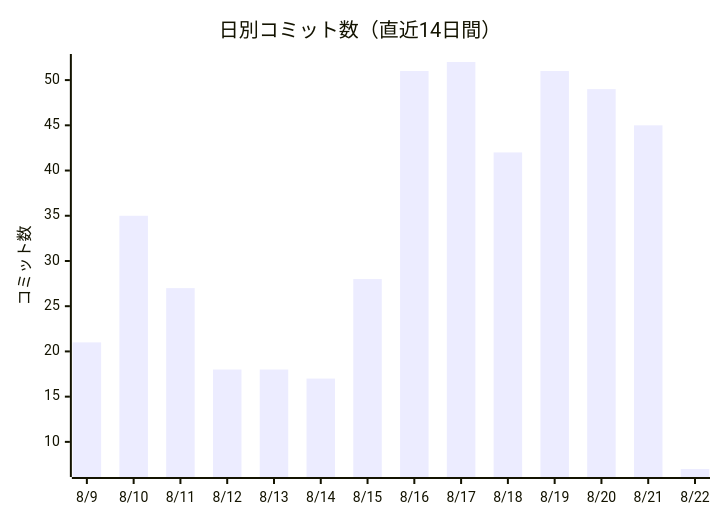
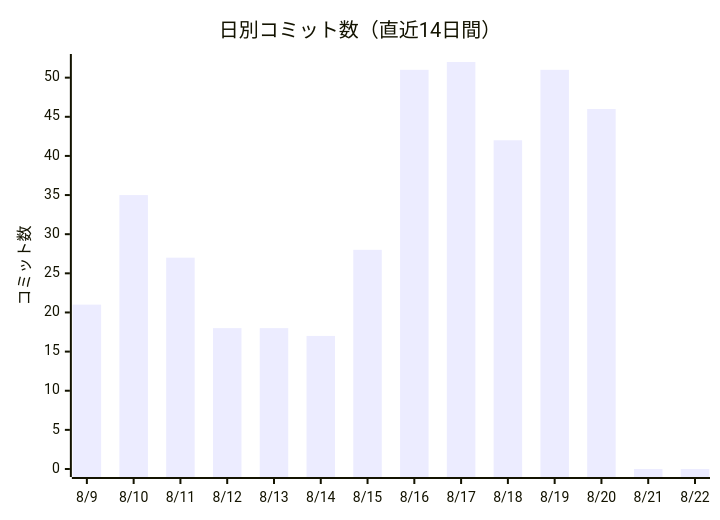
The first of 2 diagrams in docs/進化レポート.md (non-x2/non-x2), drawn with Mermaid before and after one commit. The commit also changed other lines of this file and 2 other files, not shown here.

````diff
--- a/docs/進化レポート.md
+++ b/docs/進化レポート.md
@@ -23,7 +23,7 @@
 ```mermaid
 xychart-beta
     title "日別コミット数（直近14日間）"
     x-axis ["8/9", "8/10", "8/11", "8/12", "8/13", "8/14", "8/15", "8/16", "8/17", "8/18", "8/19", "8/20", "8/21", "8/22"]
     y-axis "コミット数"
-    bar [21, 35, 27, 18, 18, 17, 28, 51, 52, 42, 51, 49, 45, 7]
+    bar [21, 35, 27, 18, 18, 17, 28, 51, 52, 42, 51, 46, 0, 0]
 ```
````
